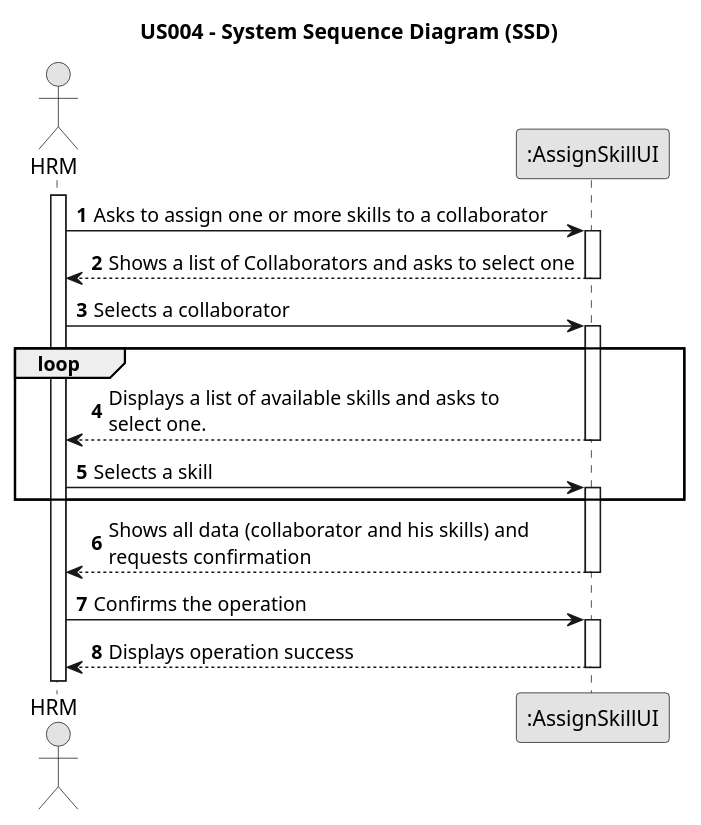
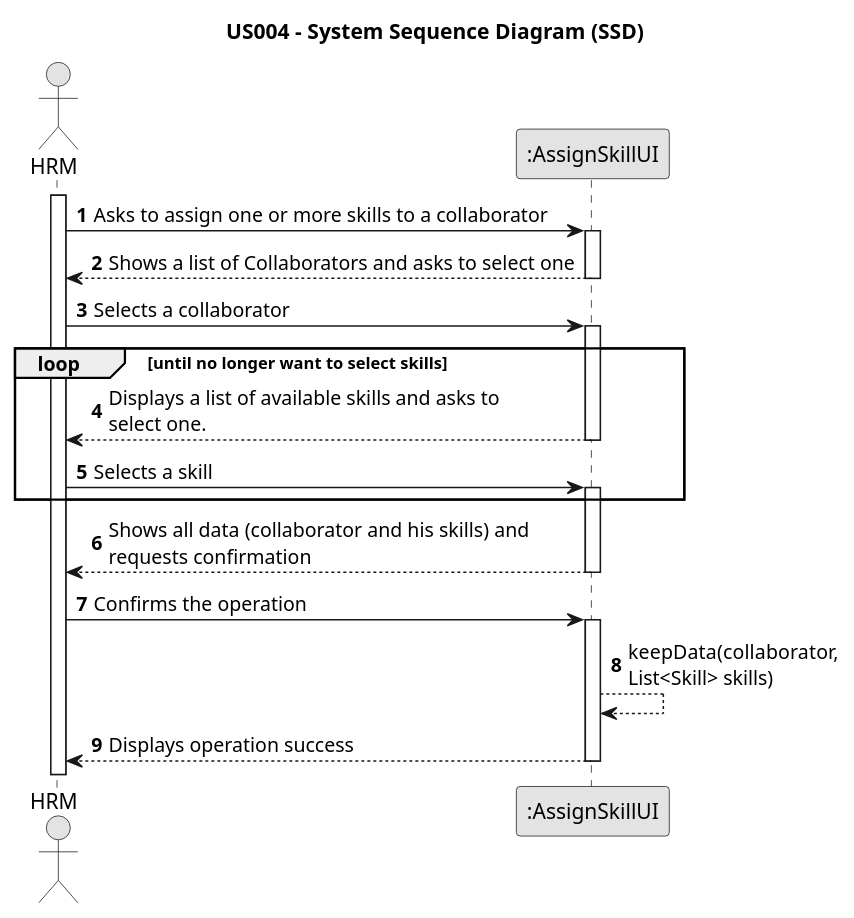
The diagram in docs/sprintB/us004/01.requirements-engineering/puml/us004-system-sequence-diagram.puml (Rui-San/LAPR2_2023_2024), drawn with PlantUML before and after one commit. The commit also changed 2 other files, not shown here.

Commit message:
US004: Fixes based on Sprint 1 presentation. SSD, req. Engineering, output Data changed and new .svg created.
US004 Design:
minor typos correction on the method for the list of skills

```diff
--- a/docs/sprintB/us004/01.requirements-engineering/puml/us004-system-sequence-diagram.puml
+++ b/docs/sprintB/us004/01.requirements-engineering/puml/us004-system-sequence-diagram.puml
@@ -1,45 +1,45 @@
 @startuml
 skinparam monochrome true
 skinparam packageStyle rectangle
 skinparam shadowing false
 
 title US004 - System Sequence Diagram (SSD)
 
 autonumber
 
 actor "HRM" as Employee
 participant ":AssignSkillUI" as System
 
 activate Employee
 
     Employee -> System : Asks to assign one or more skills to a collaborator
     activate System
 
         System --> Employee : Shows a list of Collaborators and asks to select one
     deactivate System
 
     Employee -> System : Selects a collaborator
 
-    loop
+    loop until no longer want to select skills
 
     activate System
 
         System --> Employee : Displays a list of available skills and asks to \nselect one.
     deactivate System
 
     Employee -> System : Selects a skill
 
 
     activate System
     end
 
         System --> Employee : Shows all data (collaborator and his skills) and \nrequests confirmation
     deactivate System
 
     Employee -> System : Confirms the operation
     activate System
-
+        System --> System : keepData(collaborator,\nList<Skill> skills)
         System --> Employee : Displays operation success
     deactivate System
 
 @enduml
```
